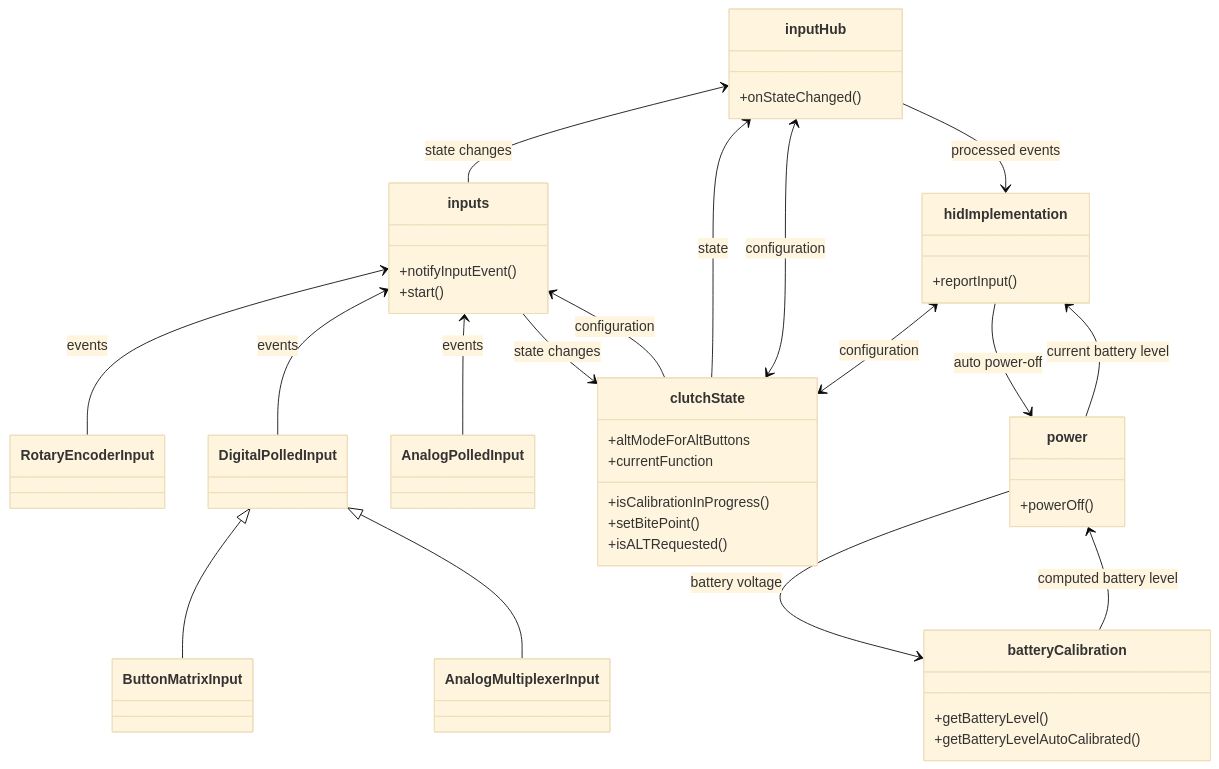
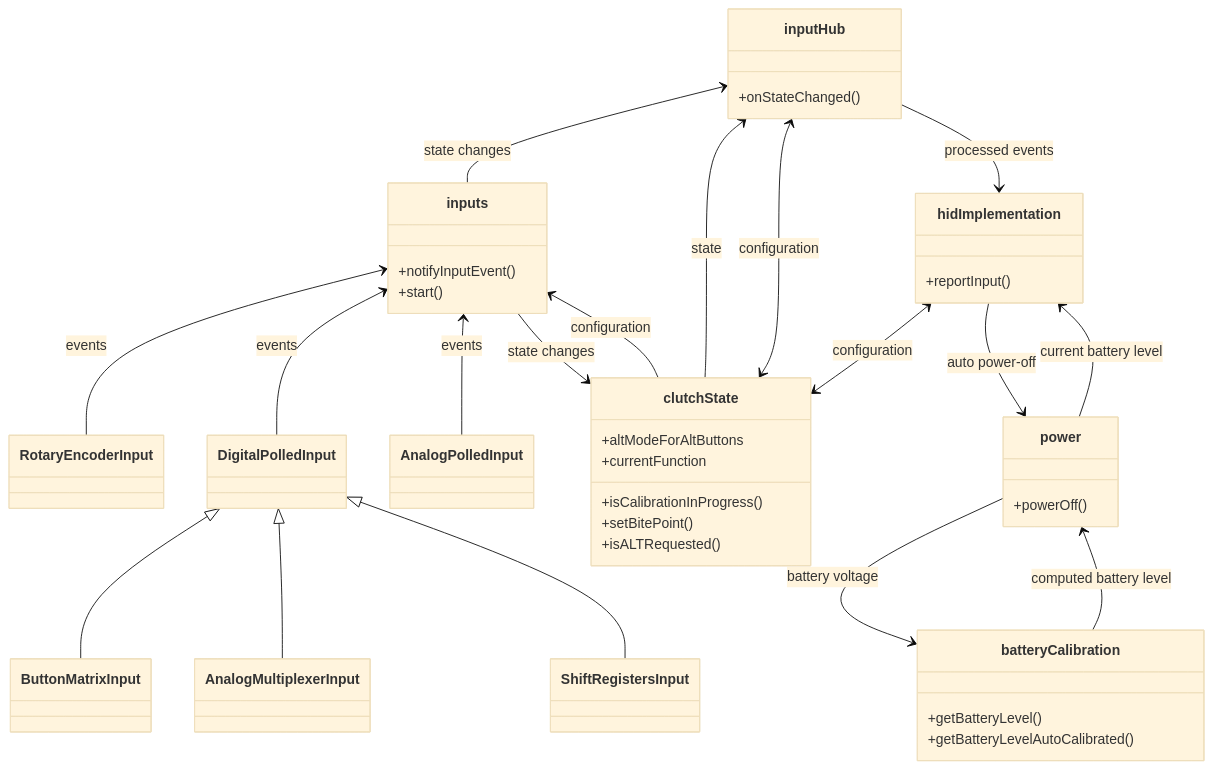
The first of 3 diagrams in doc/firmware/FirmwareArchitecture_en.md (afpineda/OpenSourceSimWheelESP32), drawn with Mermaid (base theme) before and after one commit. The commit also changed other lines of this file and 12 other files, not shown here.

Commit message:
Added another design based on shift registers

````diff
--- a/doc/firmware/FirmwareArchitecture_en.md
+++ b/doc/firmware/FirmwareArchitecture_en.md
@@ -39,44 +40,45 @@
 ```mermaid
 classDiagram
     class RotaryEncoderInput 
     class inputs { 
       +notifyInputEvent()
       +start()
     }
     class inputHub {
       +onStateChanged()
     }
     class clutchState {
       +isCalibrationInProgress()
       +setBitePoint()
       +isALTRequested()
       +altModeForAltButtons
       +currentFunction
     }
     class hidImplementation {
       +reportInput()
     }
     class power {
       +powerOff()
     }
     class batteryCalibration {
       +getBatteryLevel()
       +getBatteryLevelAutoCalibrated()
     }
     inputHub <-- inputs: state changes
     inputs <-- RotaryEncoderInput: events
     inputs <-- DigitalPolledInput: events
     inputs <-- AnalogPolledInput: events
     inputs --> clutchState: state changes
     inputs <-- clutchState: configuration
     DigitalPolledInput <|-- ButtonMatrixInput
     DigitalPolledInput <|-- AnalogMultiplexerInput
+    DigitalPolledInput <|-- ShiftRegistersInput
     inputHub <-- clutchState: state
     inputHub <--> clutchState: configuration
     inputHub --> hidImplementation: processed events
     hidImplementation <--> clutchState: configuration
     hidImplementation --> power: auto power-off 
     hidImplementation <-- power: current battery level
     power --> batteryCalibration: battery voltage
     power <-- batteryCalibration: computed battery level
 ```
````
